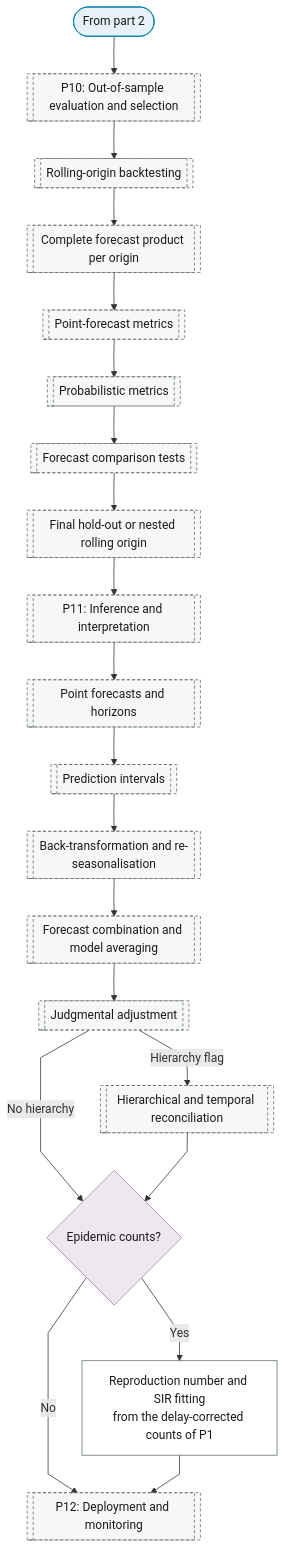
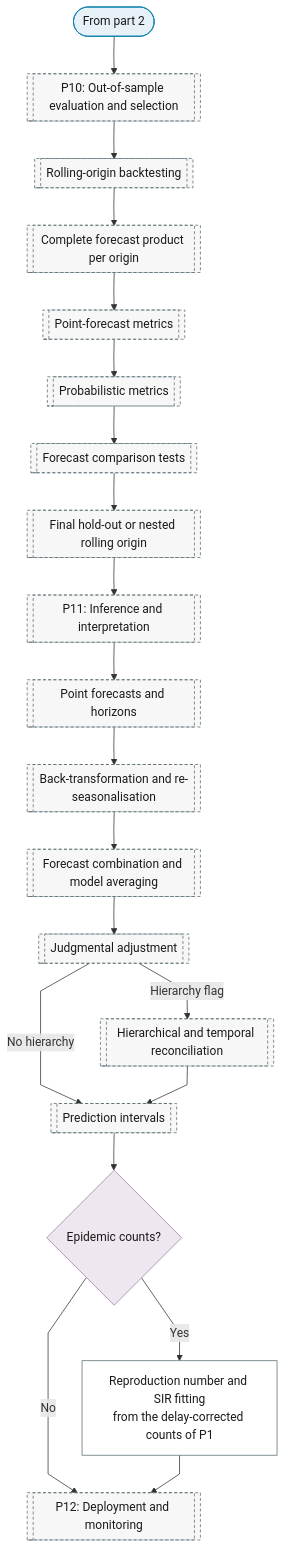
One commit to Shuxin-Y/time-series-analysis-manual changed the third of 3 diagrams in docs/01-workflow/p00-purpose/01-forecasting.md. Above: the diagram before and after it, drawn with Mermaid. The commit also changed other lines of this file and 2 other files, not shown here.

Commit message:
fix(p11): intervals and quantiles are derived from the final paths
Back-transformation, combination, judgmental adjustment and
reconciliation now act on sample paths or predictive distributions, and
intervals and quantiles come last; before, the issued interval belonged
to one base model's forecast and surrounded a different centre. P10's
product label and the forecasting chart follow the same order.

````diff
--- a/docs/01-workflow/p00-purpose/01-forecasting.md
+++ b/docs/01-workflow/p00-purpose/01-forecasting.md
@@ -73,35 +73,35 @@
 ```mermaid
 %%{init: {"flowchart": {"curve": "linear"}}}%%
 graph TD
     P0_FC_PART_3_IN(["From part 2"]) --> P10[["P10: Out-of-sample evaluation and selection"]]
     P10 --> P10_ROLLING_ORIGIN[["Rolling-origin backtesting"]]
     P10_ROLLING_ORIGIN --> P10_FORECAST_PRODUCT[["Complete forecast product per origin"]]
     P10_FORECAST_PRODUCT --> P10_POINT_METRICS[["Point-forecast metrics"]]
     P10_POINT_METRICS --> P10_PROBABILISTIC_METRICS[["Probabilistic metrics"]]
     P10_PROBABILISTIC_METRICS --> P10_FORECAST_COMPARISON[["Forecast comparison tests"]]
     P10_FORECAST_COMPARISON --> P10_FINAL_HOLDOUT[["Final hold-out or nested rolling origin"]]
     P10_FINAL_HOLDOUT --> P11[["P11: Inference and interpretation"]]
     P11 --> P11_POINT_FORECASTS[["Point forecasts and horizons"]]
-    P11_POINT_FORECASTS --> P11_INTERVALS[["Prediction intervals"]]
-    P11_INTERVALS --> P11_BACK_TRANSFORM[["Back-transformation and re-seasonalisation"]]
+    P11_POINT_FORECASTS --> P11_BACK_TRANSFORM[["Back-transformation and re-seasonalisation"]]
     P11_BACK_TRANSFORM --> P11_COMBINATION[["Forecast combination and model averaging"]]
     P11_COMBINATION --> P11_JUDGMENTAL[["Judgmental adjustment"]]
     P11_JUDGMENTAL -->|"Hierarchy flag"| P11_RECONCILIATION[["Hierarchical and temporal reconciliation"]]
-    P11_JUDGMENTAL -->|"No hierarchy"| P0_FC_DOMAIN
-    P11_RECONCILIATION --> P0_FC_DOMAIN{"Epidemic counts?"}
+    P11_JUDGMENTAL -->|"No hierarchy"| P11_INTERVALS
+    P11_RECONCILIATION --> P11_INTERVALS[["Prediction intervals"]]
+    P11_INTERVALS --> P0_FC_DOMAIN{"Epidemic counts?"}
     P0_FC_DOMAIN -->|"Yes"| P0_FC_EPIDEMIC["Reproduction number and SIR fitting<br/>from the delay-corrected counts of P1"]
     P0_FC_DOMAIN -->|"No"| P12
     P0_FC_EPIDEMIC --> P12[["P12: Deployment and monitoring"]]
     class P0_FC_PART_3_IN terminator
     class P0_FC_DOMAIN decision
     class P0_FC_EPIDEMIC process
     class P10,P10_ROLLING_ORIGIN,P10_FORECAST_PRODUCT,P10_POINT_METRICS,P10_PROBABILISTIC_METRICS,P10_FORECAST_COMPARISON,P10_FINAL_HOLDOUT,P11,P11_POINT_FORECASTS,P11_INTERVALS,P11_BACK_TRANSFORM,P11_COMBINATION,P11_JUDGMENTAL,P11_RECONCILIATION,P12 ref
     classDef terminator fill:#E6F2F7,stroke:#007BA7,color:#1A1A1A;
     classDef process fill:#FFFFFF,stroke:#5A6B73,color:#1A1A1A;
     classDef decision fill:#EFE7F0,stroke:#9B7FA7,color:#1A1A1A;
     classDef data fill:#FFF4E0,stroke:#C9A55E,color:#1A1A1A;
     classDef good fill:#DCEFD8,stroke:#4A7A3F,color:#1A1A1A;
     classDef escalate fill:#FFE9C2,stroke:#C9A55E,color:#1A1A1A;
     classDef problem fill:#F2D9DE,stroke:#800020,color:#1A1A1A;
     classDef ref fill:#F7F7F7,stroke:#5A6B73,color:#1A1A1A,stroke-dasharray:4 3;
 ```
````
